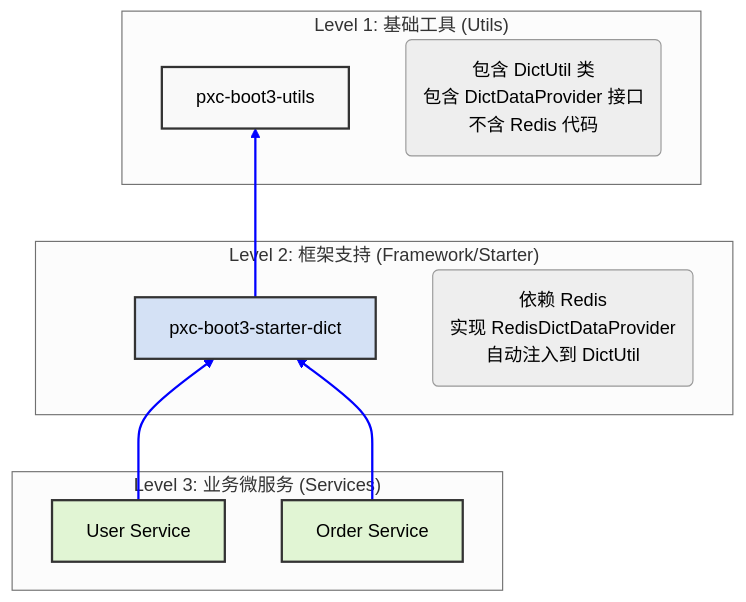
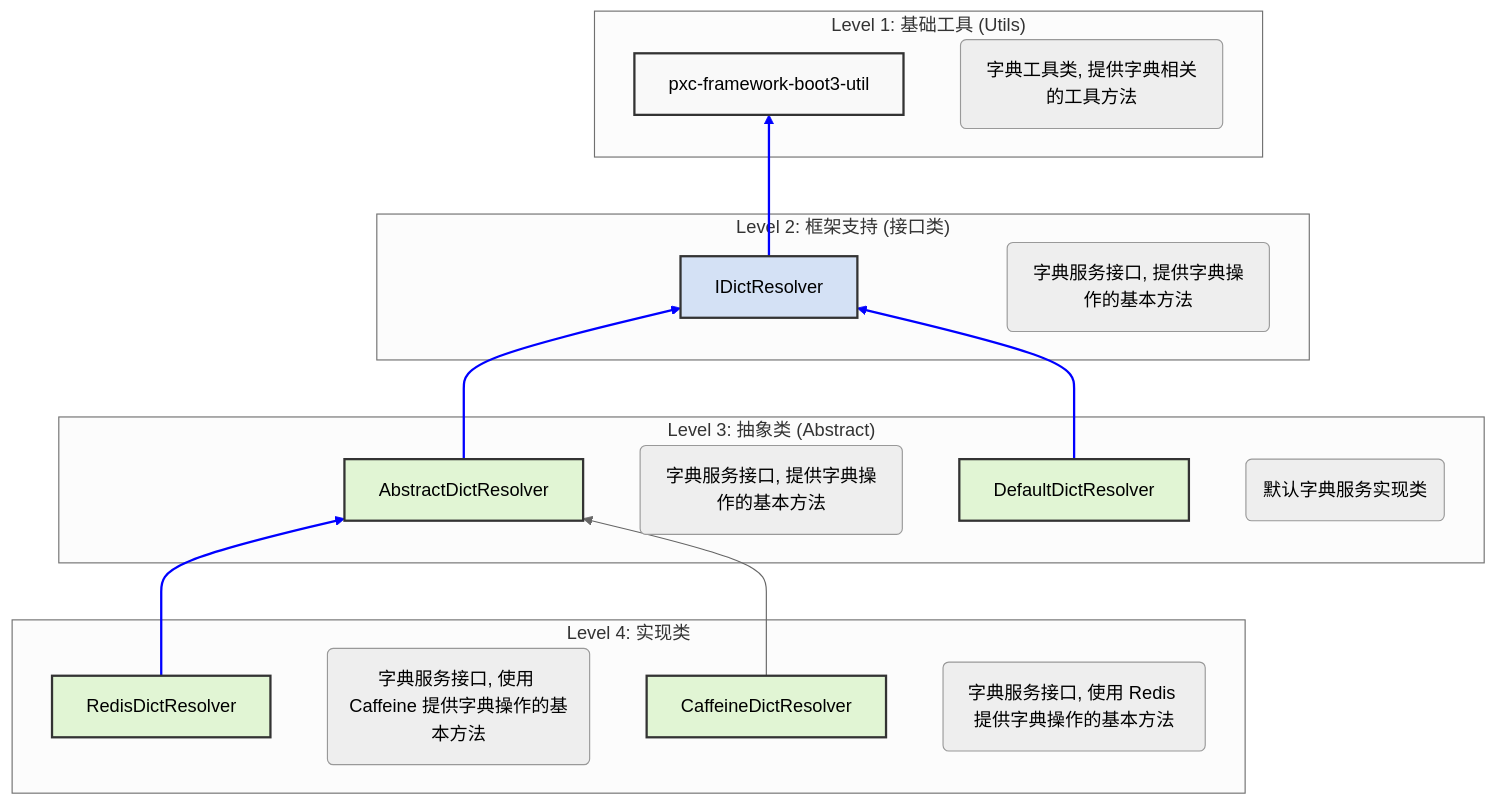
The diagram in pxc-framework-boot3-util/README.md (panxiaochao/pxc-framework-boot3), drawn with Mermaid (neutral theme) before and after one commit. The commit also changed 14 other files, not shown here.

````diff
--- a/pxc-framework-boot3-util/README.md
+++ b/pxc-framework-boot3-util/README.md
@@ -99,29 +99,39 @@
 ```mermaid
 graph BT
     %% 定义样式
     classDef base fill:#f9f9f9,stroke:#333,stroke-width:2px;
     classDef mid fill:#d4e1f5,stroke:#333,stroke-width:2px;
     classDef top fill:#e1f5d4,stroke:#333,stroke-width:2px;
 
     subgraph "Level 1: 基础工具 (Utils)"
-        U[pxc-boot3-utils]:::base
-        Note1(包含 DictUtil 类<br>包含 DictDataProvider 接口<br>不含 Redis 代码)
+        U[pxc-framework-boot3-util]:::base
+        Note1(字典工具类, 提供字典相关的工具方法)
     end
 
-    subgraph "Level 2: 框架支持 (Framework/Starter)"
-        F[pxc-boot3-starter-dict]:::mid
-        Note2(依赖 Redis<br>实现 RedisDictDataProvider<br>自动注入到 DictUtil)
+    subgraph "Level 2: 框架支持 (接口类)"
+        F[IDictResolver]:::mid
+        Note2(字典服务接口, 提供字典操作的基本方法)
     end
 
-    subgraph "Level 3: 业务微服务 (Services)"
-        S1[User Service]:::top
-        S2[Order Service]:::top
+    subgraph "Level 3: 抽象类 (Abstract)"
+        S1[AbstractDictResolver]:::top
+        Note3(字典服务接口, 提供字典操作的基本方法)
+        S2[DefaultDictResolver]:::top
+        Note4(默认字典服务实现类)
+    end
+    
+    subgraph "Level 4: 实现类"
+        A1[RedisDictResolver]:::top
+        Note5(字典服务接口, 使用 Caffeine 提供字典操作的基本方法)
+        A2[CaffeineDictResolver]:::top
+        Note6(字典服务接口, 使用 Redis 提供字典操作的基本方法)
     end
 
     F --> U
     S1 --> F
     S2 --> F
+    A1 --> S1
+    A2 --> S1
 
-    %% 解释线条
-    linkStyle 0,1,2 stroke-width:2px,fill:none,stroke:blue;
+    linkStyle 0,1,2,3 stroke-width:2px,fill:none,stroke:blue;
 ```
````
